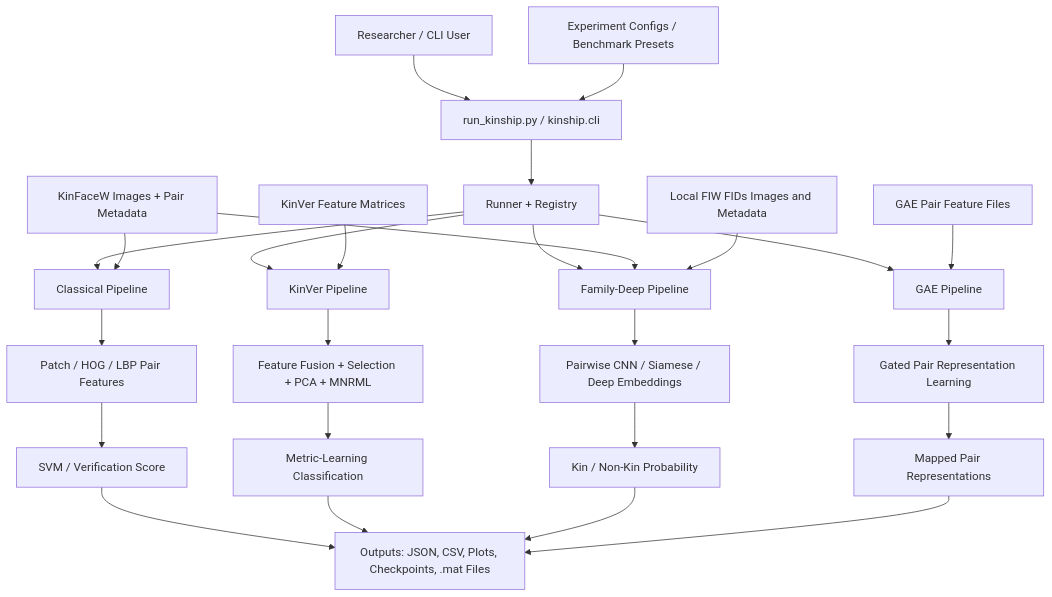
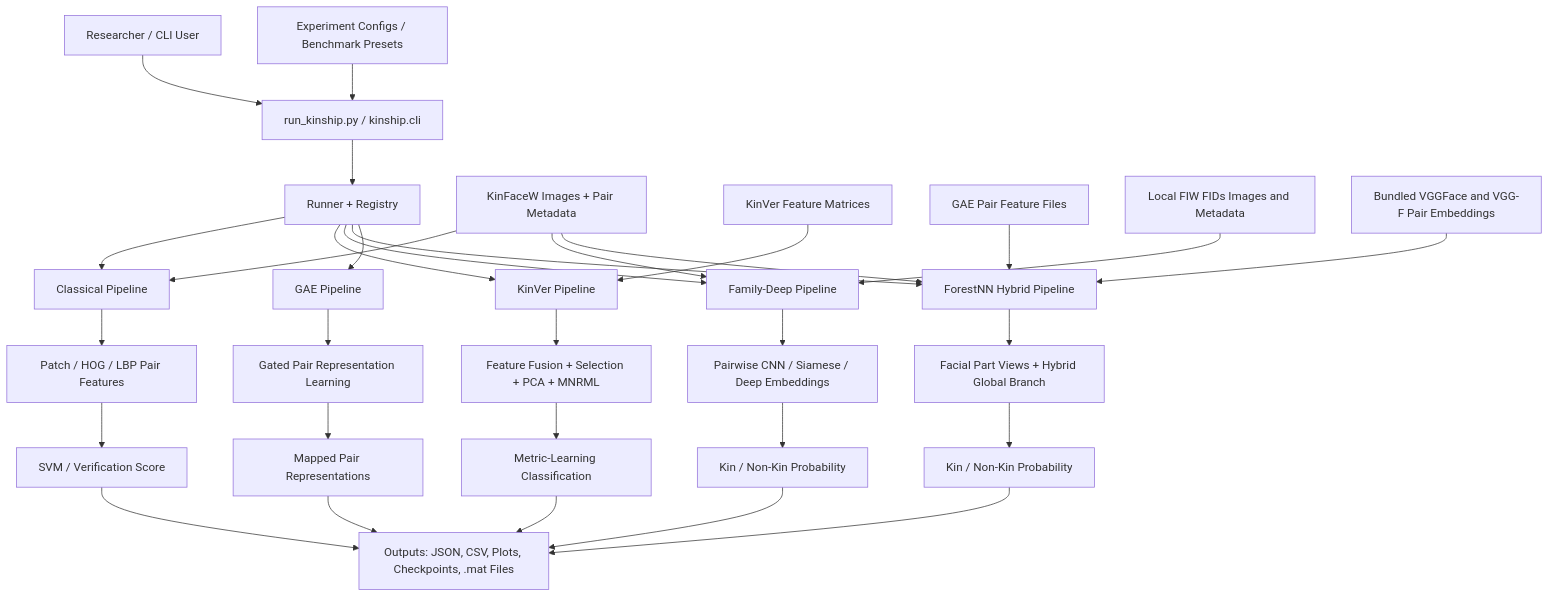
One commit to laithse1/kinship-verification-toolkit changed the diagram in README.md. Above: the diagram before and after it, drawn with Mermaid. The commit also changed other lines of this file and 47 other files, not shown here.

````diff
--- a/README.md
+++ b/README.md
@@ -104,49 +113,57 @@
 ```mermaid
 flowchart TD
     U[Researcher / CLI User]
     C[run_kinship.py / kinship.cli]
     CFG[Experiment Configs / Benchmark Presets]
     R[Runner + Registry]
 
     D1[KinFaceW Images + Pair Metadata]
     D2[KinVer Feature Matrices]
     D3[GAE Pair Feature Files]
     D4[Local FIW FIDs Images and Metadata]
+    D5[Bundled VGGFace and VGG-F Pair Embeddings]
 
     A1[Classical Pipeline]
     A2[KinVer Pipeline]
     A3[Family-Deep Pipeline]
-    A4[GAE Pipeline]
+    A4[ForestNN Hybrid Pipeline]
+    A5[GAE Pipeline]
 
     F1[Patch / HOG / LBP Pair Features]
     F2[Feature Fusion + Selection + PCA + MNRML]
     F3[Pairwise CNN / Siamese / Deep Embeddings]
-    F4[Gated Pair Representation Learning]
+    F4[Facial Part Views + Hybrid Global Branch]
+    F5[Gated Pair Representation Learning]
 
     M1[SVM / Verification Score]
     M2[Metric-Learning Classification]
     M3[Kin / Non-Kin Probability]
-    M4[Mapped Pair Representations]
+    M4[Kin / Non-Kin Probability]
+    M5[Mapped Pair Representations]
 
     O[Outputs: JSON, CSV, Plots, Checkpoints, .mat Files]
 
     U --> C
     CFG --> C
     C --> R
 
     R --> A1
     R --> A2
     R --> A3
     R --> A4
+    R --> A5
 
     D1 --> A1
     D1 --> A3
     D2 --> A2
     D3 --> A4
     D4 --> A3
+    D1 --> A4
+    D5 --> A4
 
     A1 --> F1 --> M1 --> O
     A2 --> F2 --> M2 --> O
     A3 --> F3 --> M3 --> O
     A4 --> F4 --> M4 --> O
+    A5 --> F5 --> M5 --> O
 ```
````
